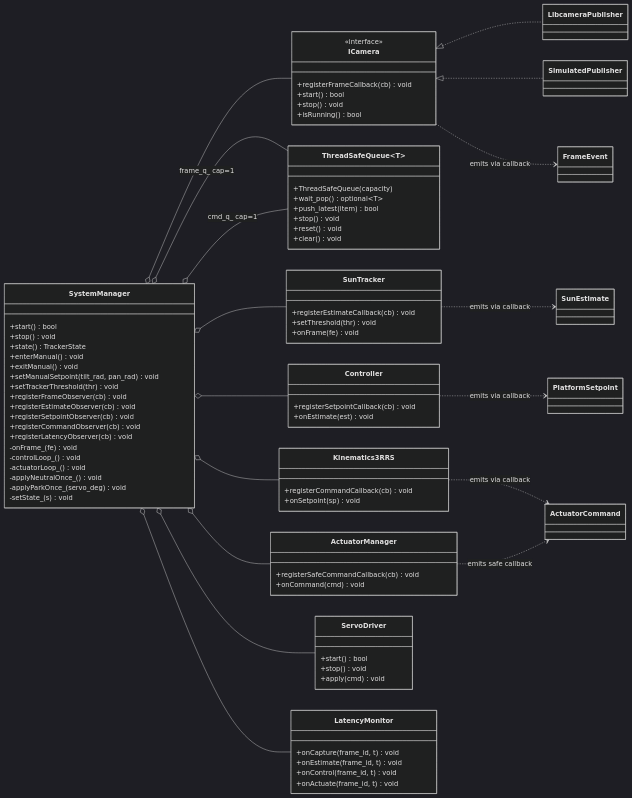
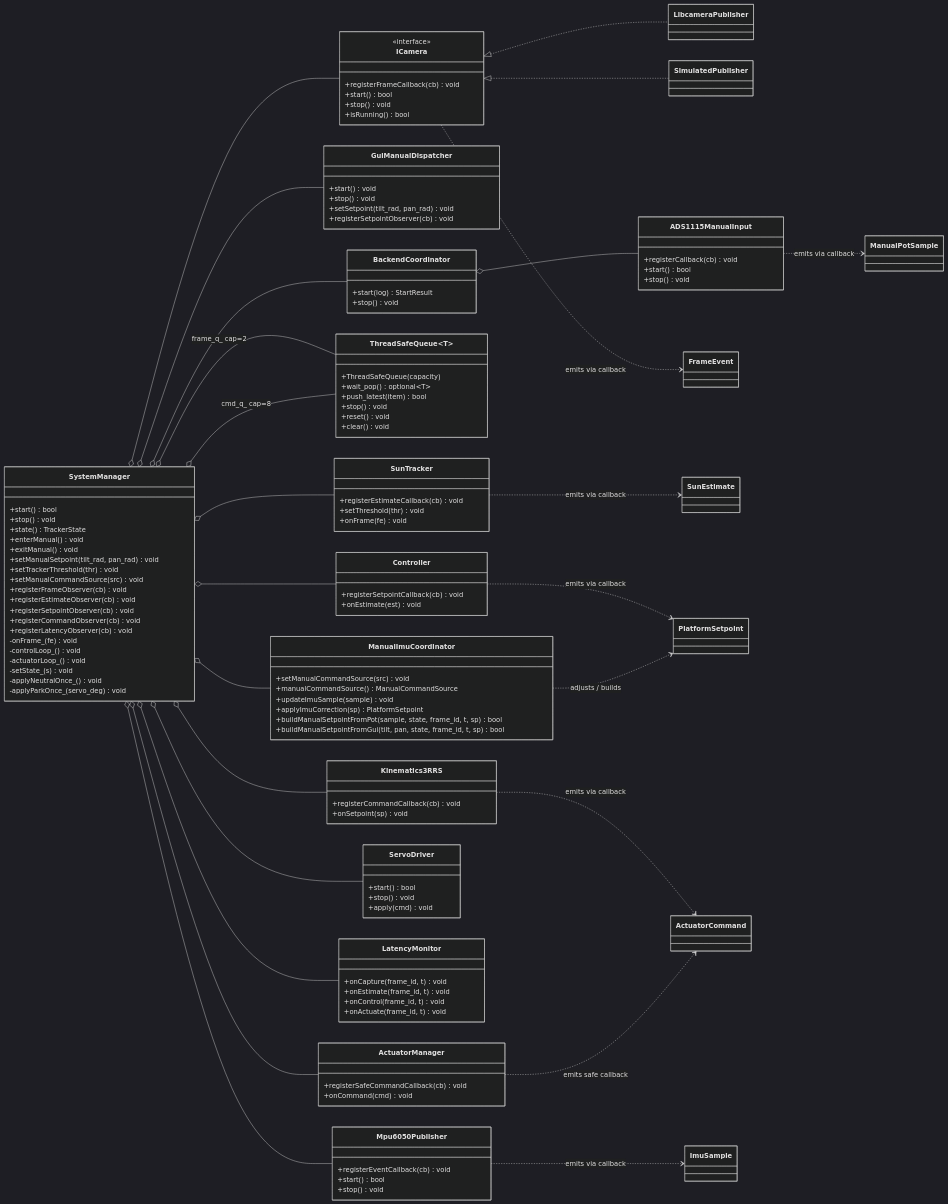
One commit to Real-Time-Stewart-Solar-Tracker/Solar-Stewart-Tracker changed the first of 5 diagrams in docs/system_architecture.md. Above: the diagram before and after it, drawn with Mermaid (dark theme). The commit also changed other lines of this file and 16 other files, not shown here.

Commit message:
docs: update all docs, diagrams, and architecture descriptions to match refactored design

````diff
--- a/docs/system_architecture.md
+++ b/docs/system_architecture.md
@@ -529,6 +63,7 @@
   +exitManual() void
   +setManualSetpoint(tilt_rad, pan_rad) void
   +setTrackerThreshold(thr) void
+  +setManualCommandSource(src) void
   +registerFrameObserver(cb) void
   +registerEstimateObserver(cb) void
   +registerSetpointObserver(cb) void
@@ -537,9 +72,21 @@
   -onFrame_(fe) void
   -controlLoop_() void
   -actuatorLoop_() void
+  -setState_(s) void
   -applyNeutralOnce_() void
   -applyParkOnce_(servo_deg) void
-  -setState_(s) void
+}
+
+class BackendCoordinator {
+  +start(log) StartResult
+  +stop() void
+}
+
+class GuiManualDispatcher {
+  +start() void
+  +stop() void
+  +setSetpoint(tilt_rad, pan_rad) void
+  +registerSetpointObserver(cb) void
 }
 
 class ICamera {
@@ -598,6 +145,27 @@
   +onActuate(frame_id, t) void
 }
 
+class ManualImuCoordinator {
+  +setManualCommandSource(src) void
+  +manualCommandSource() ManualCommandSource
+  +updateImuSample(sample) void
+  +applyImuCorrection(sp) PlatformSetpoint
+  +buildManualSetpointFromPot(sample, state, frame_id, t, sp) bool
+  +buildManualSetpointFromGui(tilt, pan, state, frame_id, t, sp) bool
+}
+
+class ADS1115ManualInput {
+  +registerCallback(cb) void
+  +start() bool
+  +stop() void
+}
+
+class Mpu6050Publisher {
+  +registerEventCallback(cb) void
+  +start() bool
+  +stop() void
+}
+
 SystemManager o-- ICamera
 SystemManager o-- SunTracker
 SystemManager o-- Controller
@@ -605,13 +173,21 @@
 SystemManager o-- ActuatorManager
 SystemManager o-- ServoDriver
 SystemManager o-- LatencyMonitor
+SystemManager o-- ManualImuCoordinator
+SystemManager o-- BackendCoordinator
+SystemManager o-- GuiManualDispatcher
+BackendCoordinator o-- ADS1115ManualInput
+SystemManager o-- Mpu6050Publisher
 
-SystemManager o-- ThreadSafeQueue~FrameEvent~ : frame_q_ cap=1
-SystemManager o-- ThreadSafeQueue~ActuatorCommand~ : cmd_q_ cap=1
+SystemManager o-- ThreadSafeQueue~FrameEvent~ : frame_q_ cap=2
+SystemManager o-- ThreadSafeQueue~ActuatorCommand~ : cmd_q_ cap=8
 
 ICamera ..> FrameEvent : emits via callback
 SunTracker ..> SunEstimate : emits via callback
 Controller ..> PlatformSetpoint : emits via callback
 Kinematics3RRS ..> ActuatorCommand : emits via callback
 ActuatorManager ..> ActuatorCommand : emits safe callback
+ADS1115ManualInput ..> ManualPotSample : emits via callback
+Mpu6050Publisher ..> ImuSample : emits via callback
+ManualImuCoordinator ..> PlatformSetpoint : adjusts / builds
 ```
````
